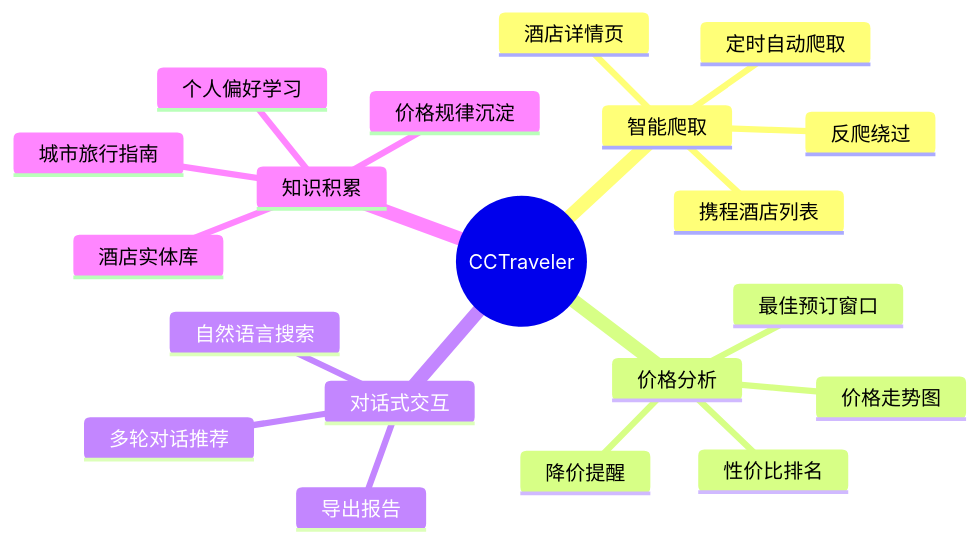
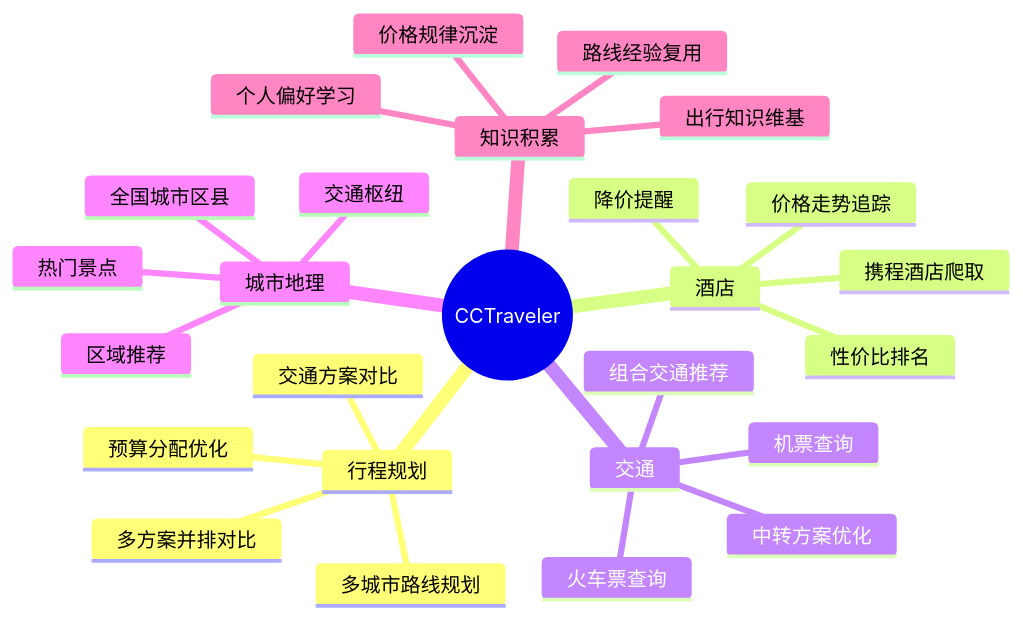
Before and after one commit to colna/CCTraveler: the fourth of 7 diagrams in docs/product.md, drawn with Mermaid. The commit also changed other lines of this file, not shown here.

````diff
--- a/docs/product.md
+++ b/docs/product.md
@@ -205,23 +361,29 @@
 ```mermaid
 mindmap
   root((CCTraveler))
-    智能爬取
-      携程酒店列表
-      酒店详情页
-      反爬绕过
-      定时自动爬取
-    价格分析
-      价格走势图
-      最佳预订窗口
+    行程规划
+      多城市路线规划
+      交通方案对比
+      预算分配优化
+      多方案并排对比
+    酒店
+      携程酒店爬取
+      价格走势追踪
       性价比排名
       降价提醒
-    对话式交互
-      自然语言搜索
-      多轮对话推荐
-      导出报告
+    交通
+      火车票查询
+      机票查询
+      组合交通推荐
+      中转方案优化
+    城市地理
+      全国城市区县
+      交通枢纽
+      热门景点
+      区域推荐
     知识积累
-      酒店实体库
-      城市旅行指南
+      出行知识维基
       价格规律沉淀
+      路线经验复用
       个人偏好学习
 ```
````
